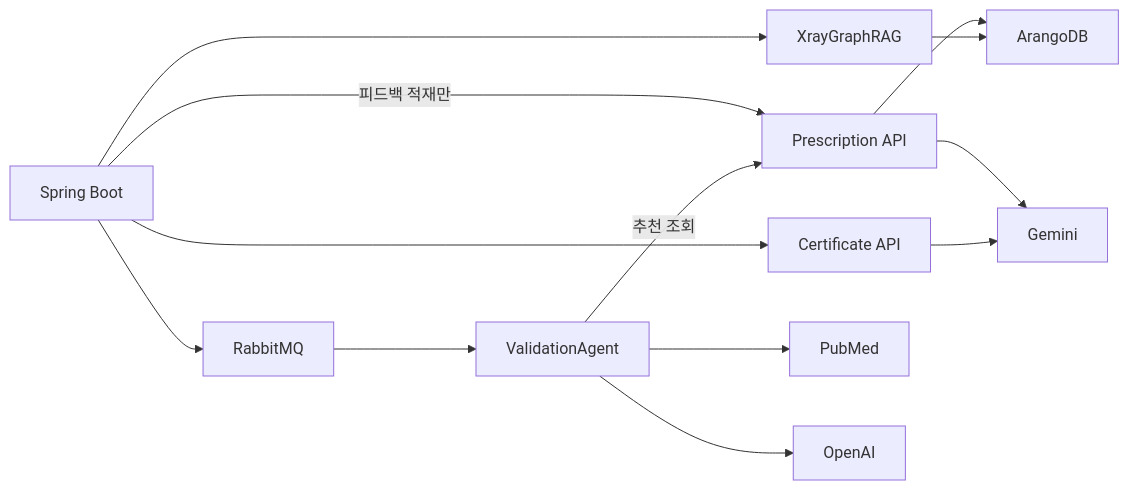
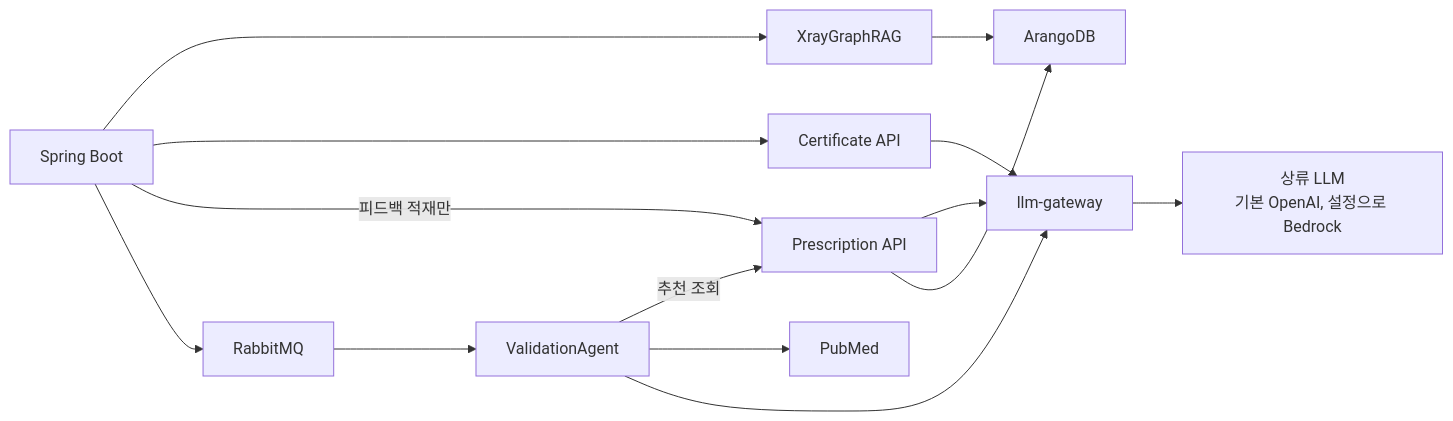
Before and after one commit to kjbddo/bitcomputer-emr: the seventh of 7 diagrams in Docs/04-ai-services-and-agents.md, drawn with Mermaid. The commit also changed other lines of this file and 11 other files, not shown here.

````diff
--- a/Docs/04-ai-services-and-agents.md
+++ b/Docs/04-ai-services-and-agents.md
@@ -309,15 +322,16 @@
 ```mermaid
 flowchart LR
   Spring[Spring Boot] --> Xray[XrayGraphRAG]
   Spring --> Cert[Certificate API]
   Spring -- 피드백 적재만 --> Rx[Prescription API]
   Spring --> RMQ[RabbitMQ]
   RMQ --> Val[ValidationAgent]
   Val -- 추천 조회 --> Rx
   Val --> PubMed[PubMed]
-  Val --> OpenAI[OpenAI]
-  Rx --> Gemini[Gemini]
-  Cert --> Gemini
+  Val --> GW[llm-gateway]
+  Rx --> GW
+  Cert --> GW
+  GW --> Upstream[상류 LLM<br/>기본 OpenAI, 설정으로 Bedrock]
   Rx --> Arango[ArangoDB]
   Xray --> Arango
 ```
````
